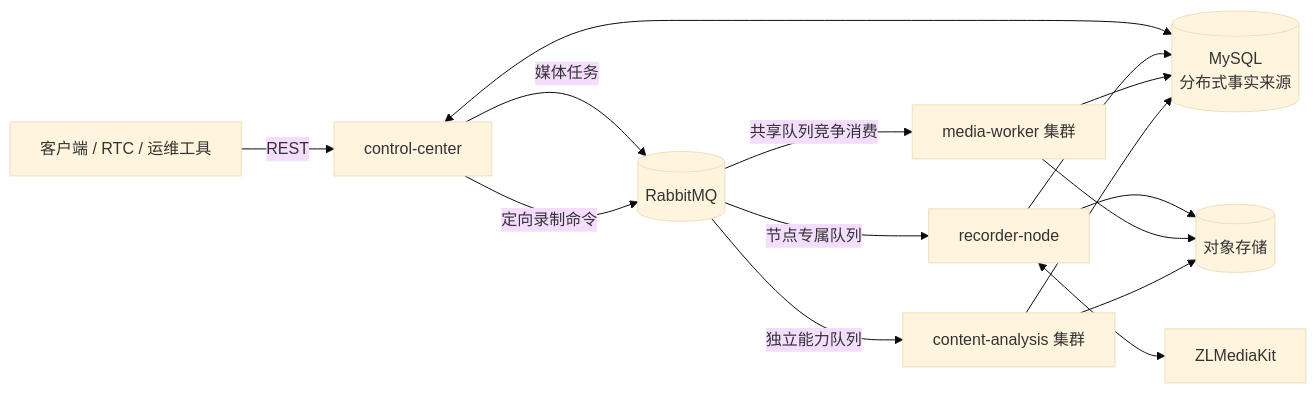
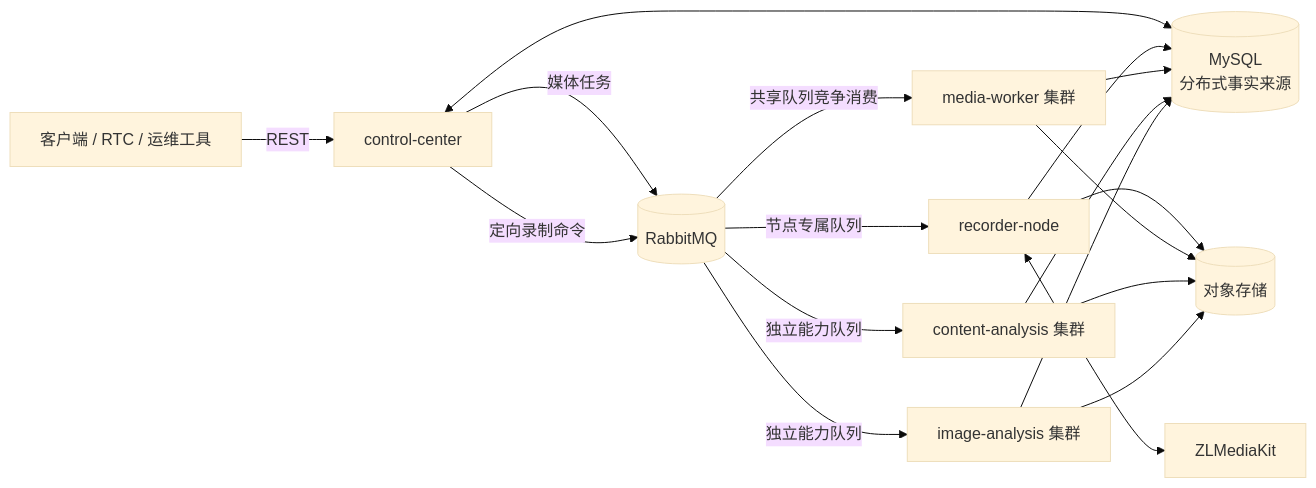
Before and after one commit to huxiaodong1989/MediaFleet: the diagram in README.md, drawn with Mermaid (base theme). The commit also changed other lines of this file and 104 other files, not shown here.

Commit message:
feat: 迁入课堂图像分析服务

````diff
--- a/README.md
+++ b/README.md
@@ -29,17 +31,20 @@
 ```mermaid
 flowchart LR
     Client[客户端 / RTC / 运维工具] -->|REST| Control[control-center]
     Control <--> MySQL[(MySQL<br/>分布式事实来源)]
     Control -->|媒体任务| TaskMQ[(RabbitMQ)]
     Control -->|定向录制命令| TaskMQ
     TaskMQ -->|共享队列竞争消费| Worker[media-worker 集群]
     TaskMQ -->|节点专属队列| Recorder[recorder-node]
     TaskMQ -->|独立能力队列| Analysis[content-analysis 集群]
+    TaskMQ -->|独立能力队列| ImageAnalysis[image-analysis 集群]
     Recorder <--> ZLM[ZLMediaKit]
     Recorder --> Storage[(对象存储)]
     Worker --> Storage
     Analysis --> Storage
+    ImageAnalysis --> Storage
     Recorder --> MySQL
     Worker --> MySQL
     Analysis --> MySQL
+    ImageAnalysis --> MySQL
 ```
````
